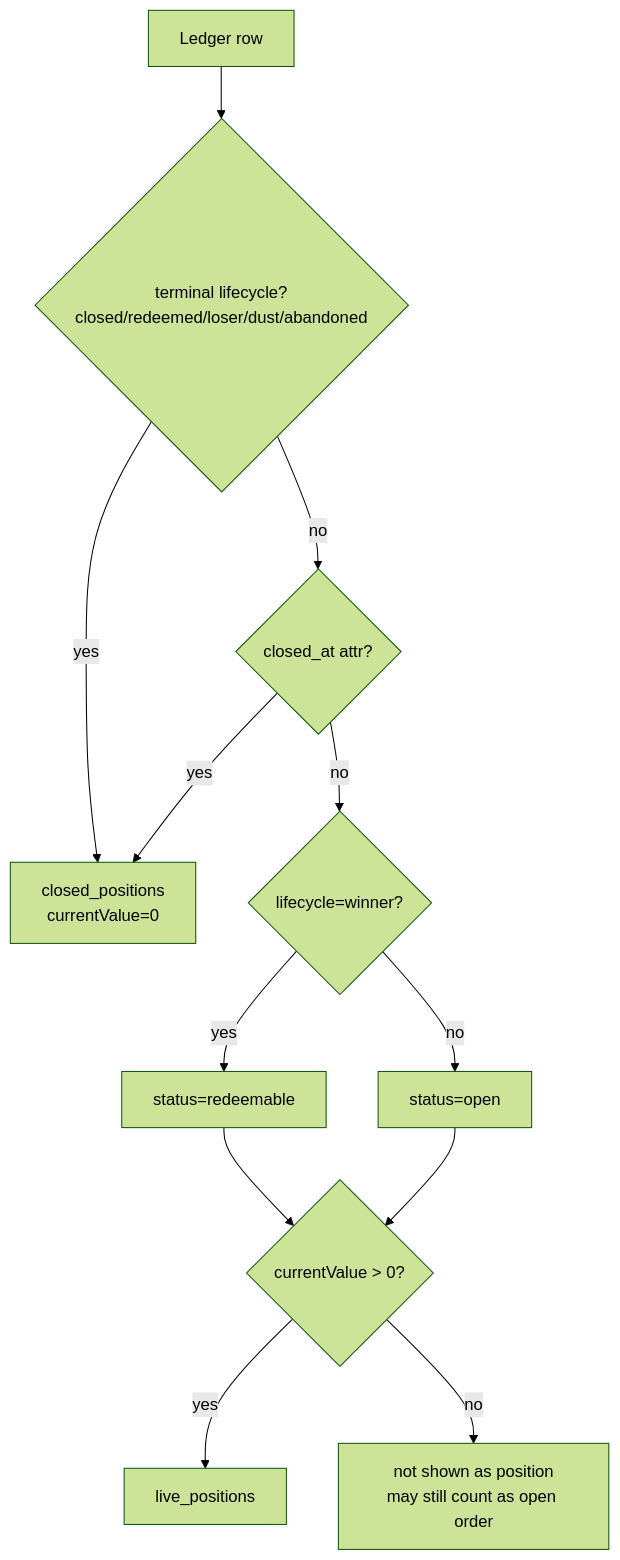
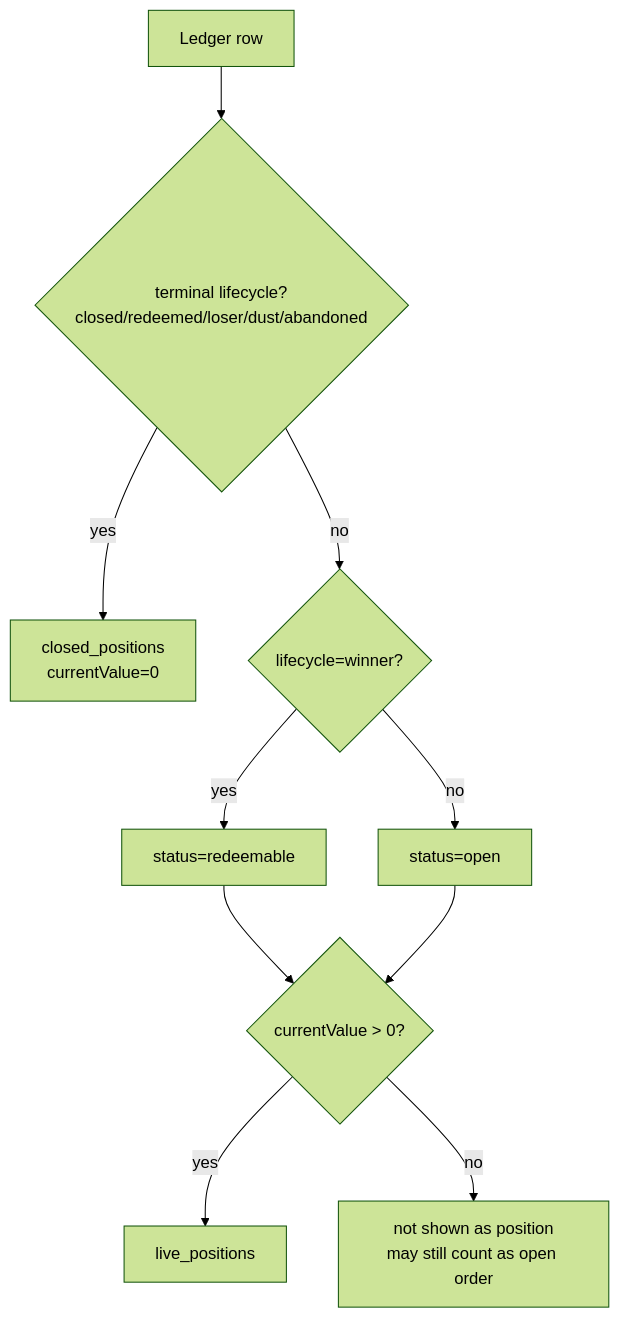
The fourth of 5 diagrams in docs/spec/poly-order-position-lifecycle.md (Cogni-DAO/cogni), drawn with Mermaid (forest theme) before and after one commit. The commit also changed other lines of this file and 12 other files, not shown here.

````diff
--- a/docs/spec/poly-order-position-lifecycle.md
+++ b/docs/spec/poly-order-position-lifecycle.md
@@ -123,14 +123,12 @@
 ```mermaid
 flowchart TD
   A[Ledger row] --> B{terminal lifecycle?<br/>closed/redeemed/loser/dust/abandoned}
   B -->|yes| C[closed_positions<br/>currentValue=0]
-  B -->|no| D{closed_at attr?}
-  D -->|yes| C
-  D -->|no| E{lifecycle=winner?}
+  B -->|no| E{lifecycle=winner?}
   E -->|yes| F[status=redeemable]
   E -->|no| G[status=open]
   F --> V{currentValue > 0?}
   G --> V
   V -->|yes| H[live_positions]
   V -->|no| I[not shown as position<br/>may still count as open order]
 ```
````
